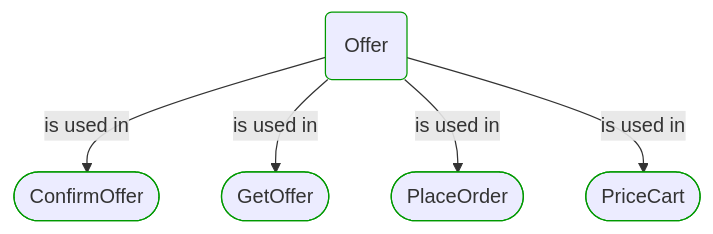
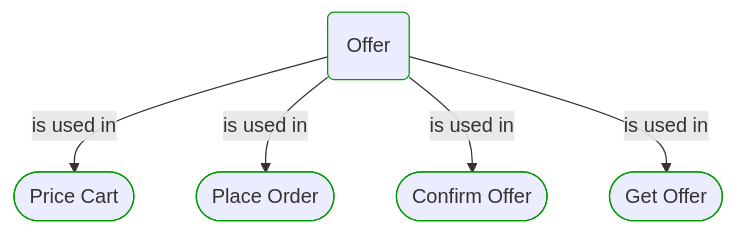
Before and after one commit to itlibrium/DDD-starter-dotnet: the second of 2 diagrams in Docs/P3/MermaidOutput/Domain/Concepts/Sales/Pricing/Offer.md, drawn with Mermaid. The commit also changed other lines of this file and 51 other files, not shown here.

````diff
--- a/Docs/P3/MermaidOutput/Domain/Concepts/Sales/Pricing/Offer.md
+++ b/Docs/P3/MermaidOutput/Domain/Concepts/Sales/Pricing/Offer.md
@@ -110,20 +110,20 @@
 ```mermaid
   flowchart TB
     0(Offer)
     class 0 DomainPerspective
-    1([ConfirmOffer])
+    1([Price Cart])
     class 1 DomainPerspective
     0-->|is used in|1
-    2([GetOffer])
+    2([Place Order])
     class 2 DomainPerspective
     0-->|is used in|2
-    3([PlaceOrder])
+    3([Confirm Offer])
     class 3 DomainPerspective
     0-->|is used in|3
-    4([PriceCart])
+    4([Get Offer])
     class 4 DomainPerspective
     0-->|is used in|4
     classDef DomainPerspective stroke:#009900
     classDef TechnologyPerspective stroke:#1F41EB
     classDef PeoplePerspective stroke:#FFF014
 ```
````
